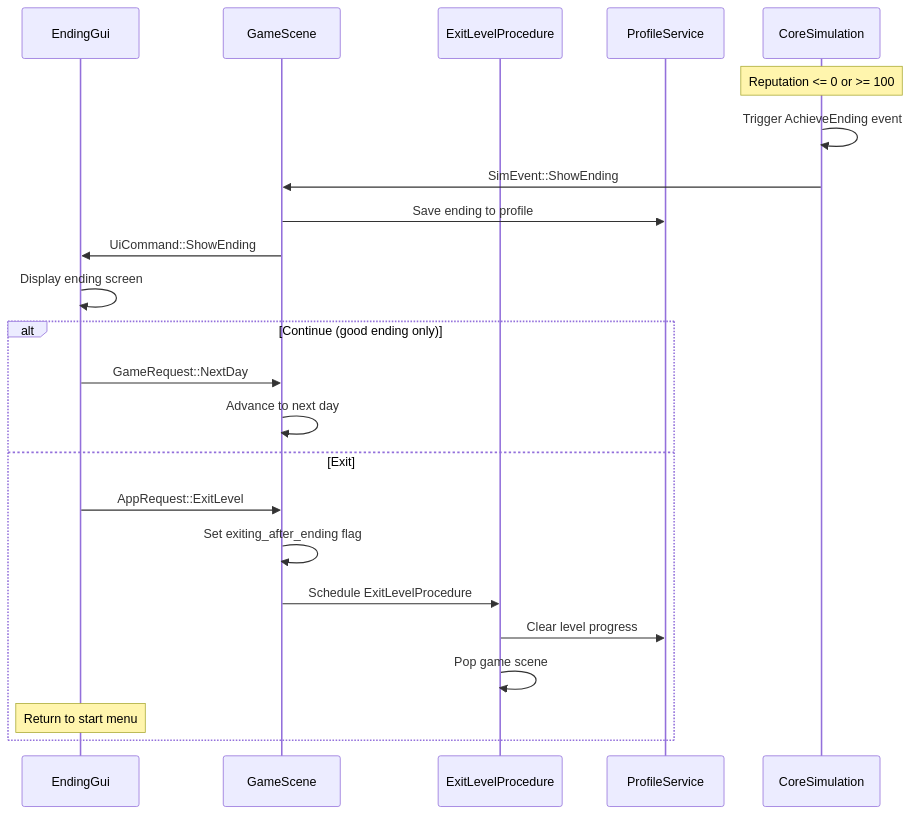
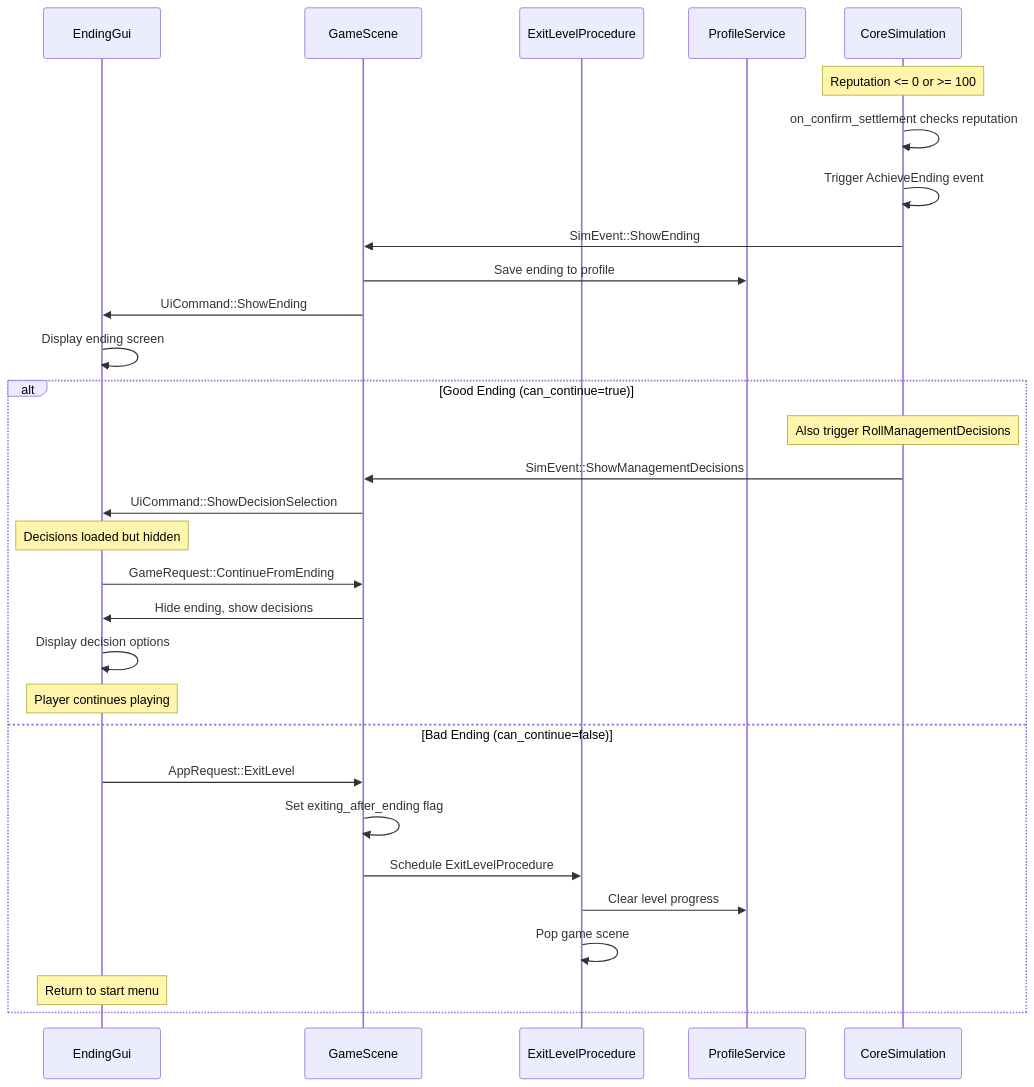
Before and after one commit to QuadnucYard/dishaster: the fourth of 6 diagrams in docs/architecture.md, drawn with Mermaid. The commit also changed other lines of this file and 10 other files, not shown here.

Commit message:
feat: add confirm settlement and continue from ending commands to make interaction smooth

````diff
--- a/docs/architecture.md
+++ b/docs/architecture.md
@@ -107,27 +136,35 @@
 ```mermaid
 sequenceDiagram
     participant UI as EndingGui
     participant Scene as GameScene
     participant Proc as ExitLevelProcedure
     participant Profile as ProfileService
     participant Core as CoreSimulation
 
     Note over Core: Reputation <= 0 or >= 100
+    Core->>Core: on_confirm_settlement checks reputation
     Core->>Core: Trigger AchieveEnding event
     Core->>Scene: SimEvent::ShowEnding
     Scene->>Profile: Save ending to profile
     Scene->>UI: UiCommand::ShowEnding
     UI->>UI: Display ending screen
 
-    alt Continue (good ending only)
-        UI->>Scene: GameRequest::NextDay
-        Scene->>Scene: Advance to next day
-    else Exit
+    alt Good Ending (can_continue=true)
+        Note over Core: Also trigger RollManagementDecisions
+        Core->>Scene: SimEvent::ShowManagementDecisions
+        Scene->>UI: UiCommand::ShowDecisionSelection
+        Note over UI: Decisions loaded but hidden
+
+        UI->>Scene: GameRequest::ContinueFromEnding
+        Scene->>UI: Hide ending, show decisions
+        UI->>UI: Display decision options
+        Note over UI: Player continues playing
+    else Bad Ending (can_continue=false)
         UI->>Scene: AppRequest::ExitLevel
         Scene->>Scene: Set exiting_after_ending flag
         Scene->>Proc: Schedule ExitLevelProcedure
         Proc->>Profile: Clear level progress
         Proc->>Proc: Pop game scene
         Note over UI: Return to start menu
     end
 ```
````
